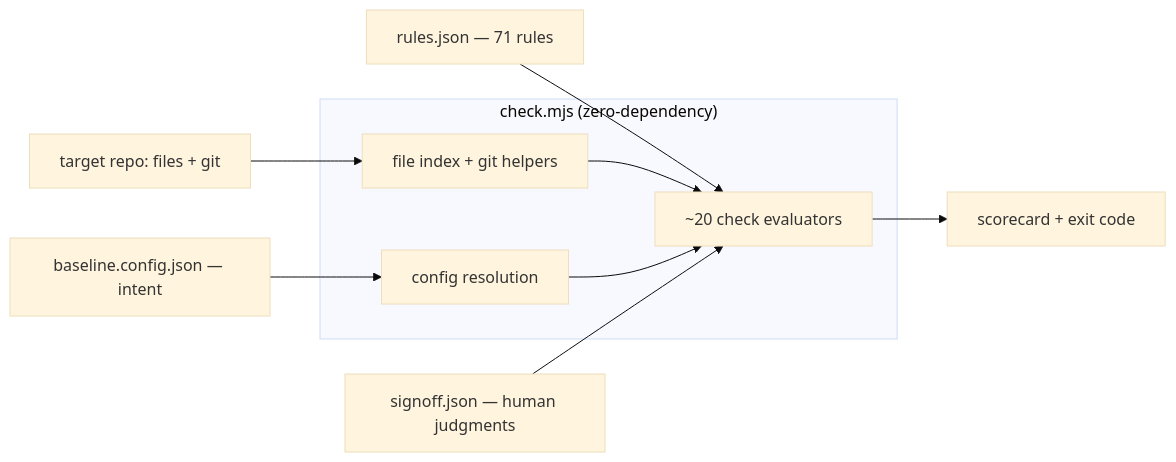
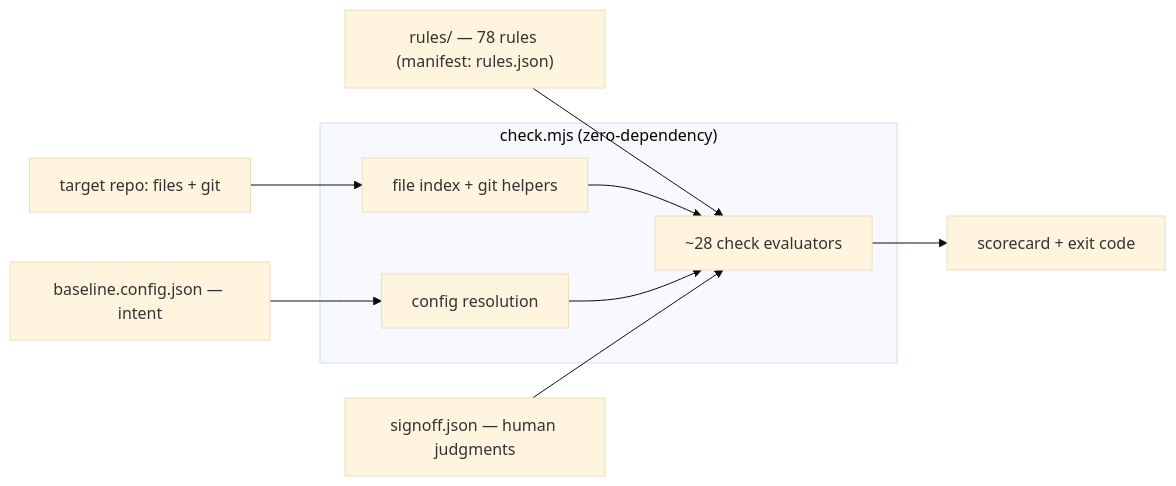
The first of 3 diagrams in tools/baseline/REFERENCE.md (AdarGit008/baseline-demo), drawn with Mermaid (base theme) before and after one commit. The commit also changed other lines of this file and 54 other files, not shown here.

````diff
--- a/tools/baseline/REFERENCE.md
+++ b/tools/baseline/REFERENCE.md
@@ -58,12 +58,12 @@
 ```mermaid
 flowchart LR
   CFG["baseline.config.json — intent"] --> RES
-  RULES["rules.json — 71 rules"] --> EVAL
+  RULES["rules/ — 78 rules (manifest: rules.json)"] --> EVAL
   REPO["target repo: files + git"] --> IDX
   subgraph ENGINE["check.mjs (zero-dependency)"]
-    IDX["file index + git helpers"] --> EVAL["~20 check evaluators"]
+    IDX["file index + git helpers"] --> EVAL["~28 check evaluators"]
     RES["config resolution"] --> EVAL
   end
   SO["signoff.json — human judgments"] --> EVAL
   EVAL --> OUT["scorecard + exit code"]
 ```
````
